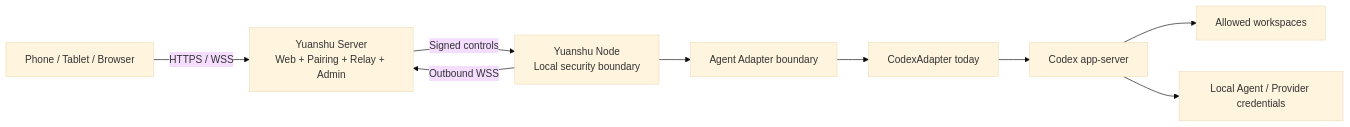
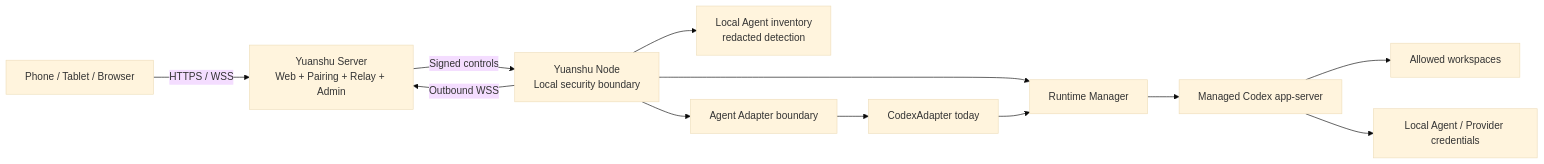
One commit to yuanshu-ai/yuanshu changed the diagram in README.md. Above: the diagram before and after it, drawn with Mermaid (base theme). The commit also changed other lines of this file and 4 other files, not shown here.

````diff
--- a/README.md
+++ b/README.md
@@ -127,11 +129,14 @@
 ```mermaid
 flowchart LR
     Client["Phone / Tablet / Browser"] -->|"HTTPS / WSS"| Server["Yuanshu Server<br/>Web + Pairing + Relay + Admin"]
     Node["Yuanshu Node<br/>Local security boundary"] -->|"Outbound WSS"| Server
     Server -->|"Signed controls"| Node
+    Node --> Inventory["Local Agent inventory<br/>redacted detection"]
     Node --> Registry["Agent Adapter boundary"]
     Registry --> Adapter["CodexAdapter today"]
-    Adapter --> Runtime["Codex app-server"]
+    Node --> Manager["Runtime Manager"]
+    Adapter --> Manager
+    Manager --> Runtime["Managed Codex app-server"]
     Runtime --> Workspace["Allowed workspaces"]
     Runtime --> Credentials["Local Agent / Provider credentials"]
 ```
````
